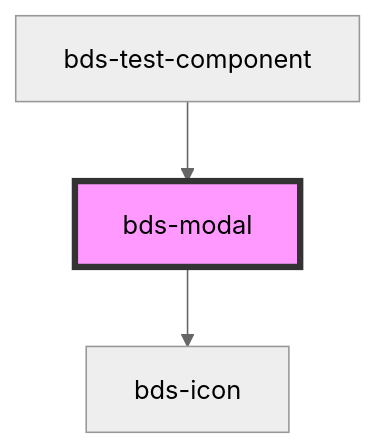
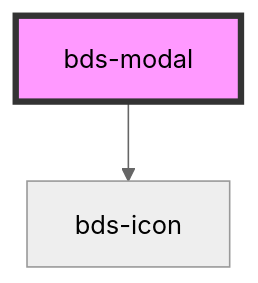
Before and after one commit to takenet/blip-ds: the diagram in src/components/modal/readme.md, drawn with Mermaid (neutral theme). The commit also changed other lines of this file and 10 other files, not shown here.

````diff
--- a/src/components/modal/readme.md
+++ b/src/components/modal/readme.md
@@ -51,6 +47,5 @@
 ```mermaid
 graph TD;
   bds-modal --> bds-icon
-  bds-test-component --> bds-modal
   style bds-modal fill:#f9f,stroke:#333,stroke-width:4px
 ```
````
